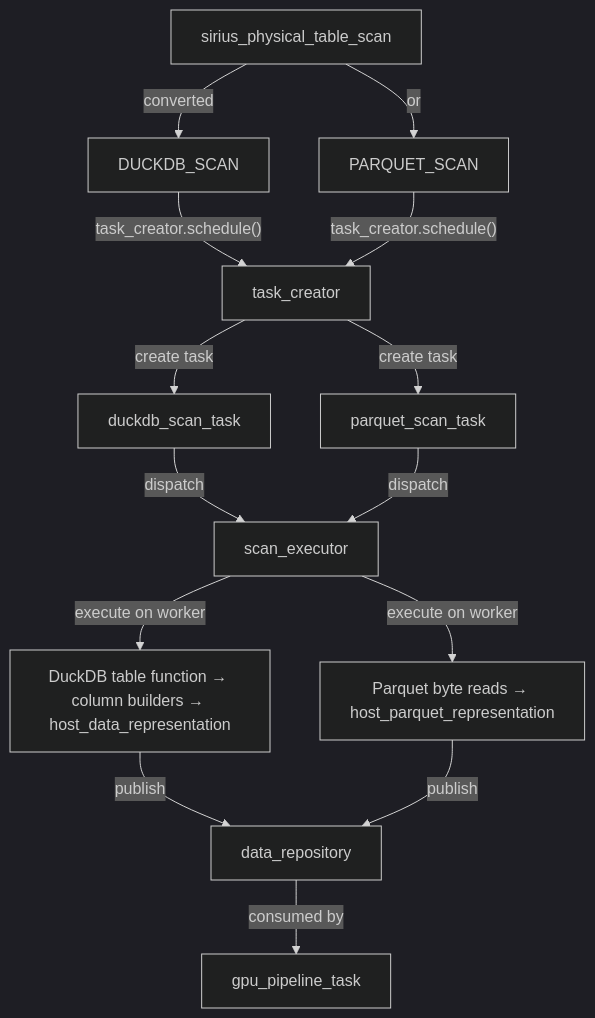
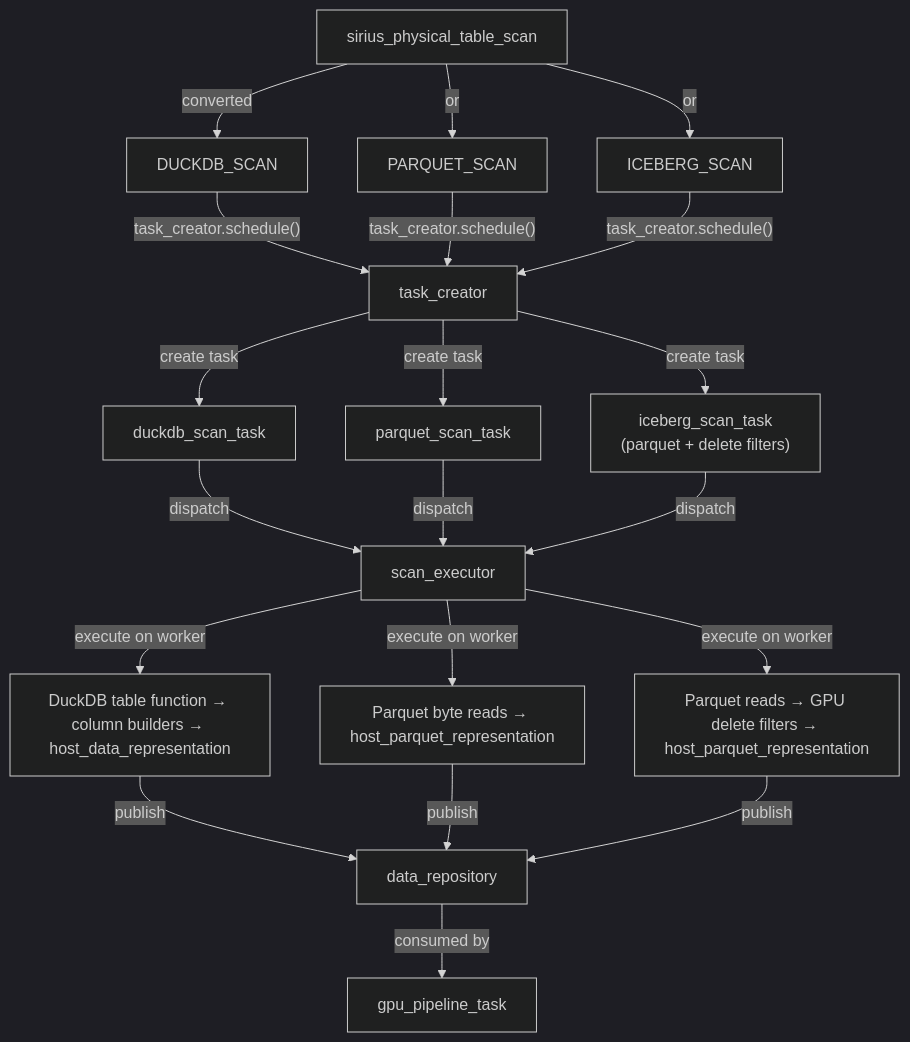
The diagram in docs/super-sirius/scan.md (sirius-db/sirius), drawn with Mermaid (dark theme) before and after one commit. The commit also changed other lines of this file and 12 other files, not shown here.

````diff
--- a/docs/super-sirius/scan.md
+++ b/docs/super-sirius/scan.md
@@ -245,22 +303,28 @@
 ```mermaid
 graph TD
     TS[sirius_physical_table_scan] -->|"converted"| DS[DUCKDB_SCAN]
     TS -->|"or"| PS[PARQUET_SCAN]
+    TS -->|"or"| IS[ICEBERG_SCAN]
 
     DS -->|"task_creator.schedule()"| TC[task_creator]
     PS -->|"task_creator.schedule()"| TC
+    IS -->|"task_creator.schedule()"| TC
 
     TC -->|"create task"| DST[duckdb_scan_task]
     TC -->|"create task"| PST[parquet_scan_task]
+    TC -->|"create task"| IST["iceberg_scan_task<br/>(parquet + delete filters)"]
 
     DST -->|"dispatch"| SE[scan_executor]
     PST -->|"dispatch"| SE
+    IST -->|"dispatch"| SE
 
     SE -->|"execute on worker"| DST2[DuckDB table function → column builders → host_data_representation]
     SE -->|"execute on worker"| PST2[Parquet byte reads → host_parquet_representation]
+    SE -->|"execute on worker"| IST2["Parquet reads → GPU delete filters → host_parquet_representation"]
 
     DST2 -->|"publish"| DR[data_repository]
     PST2 -->|"publish"| DR
+    IST2 -->|"publish"| DR
 
     DR -->|"consumed by"| GPT[gpu_pipeline_task]
 ```
````
